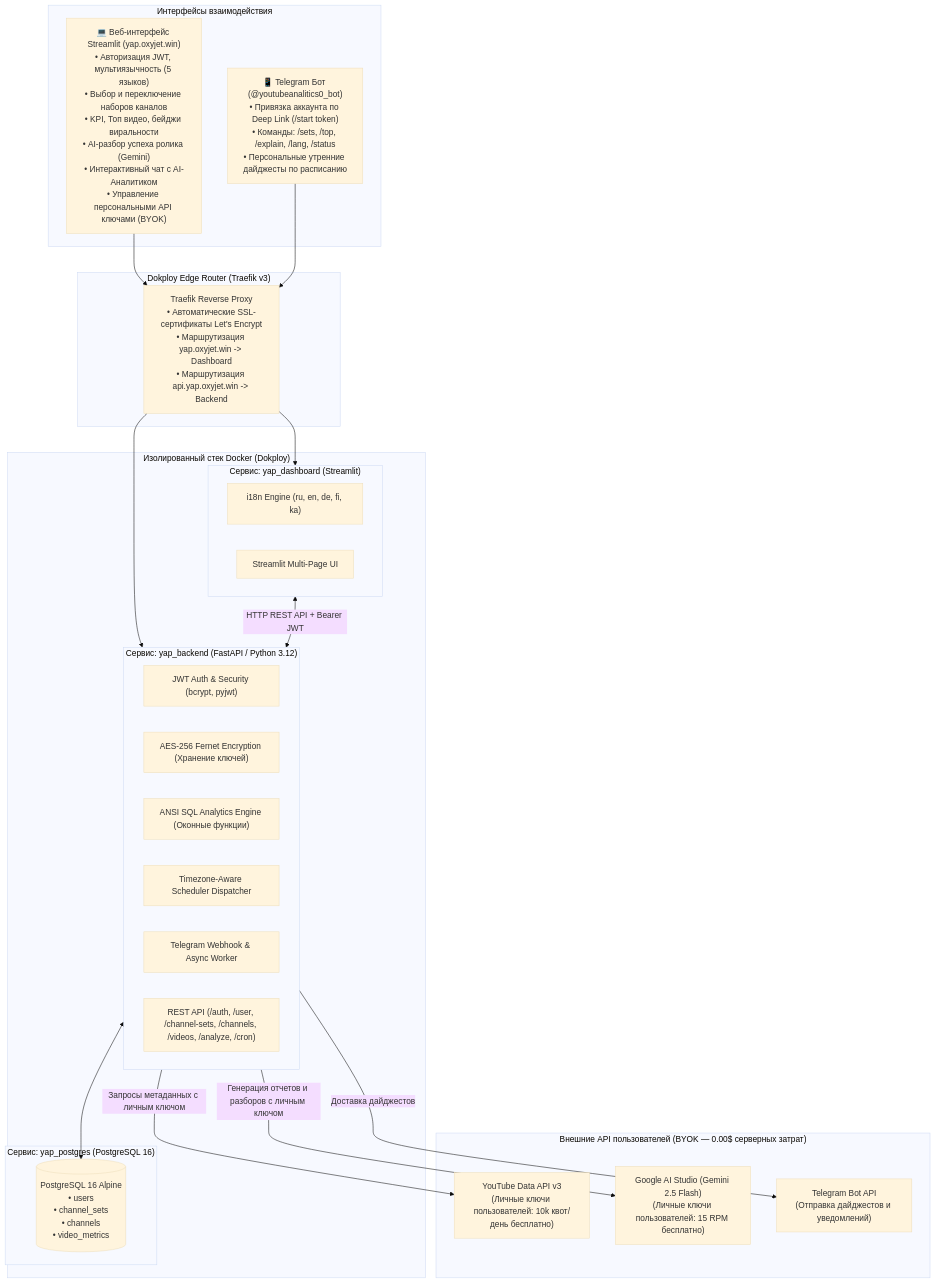
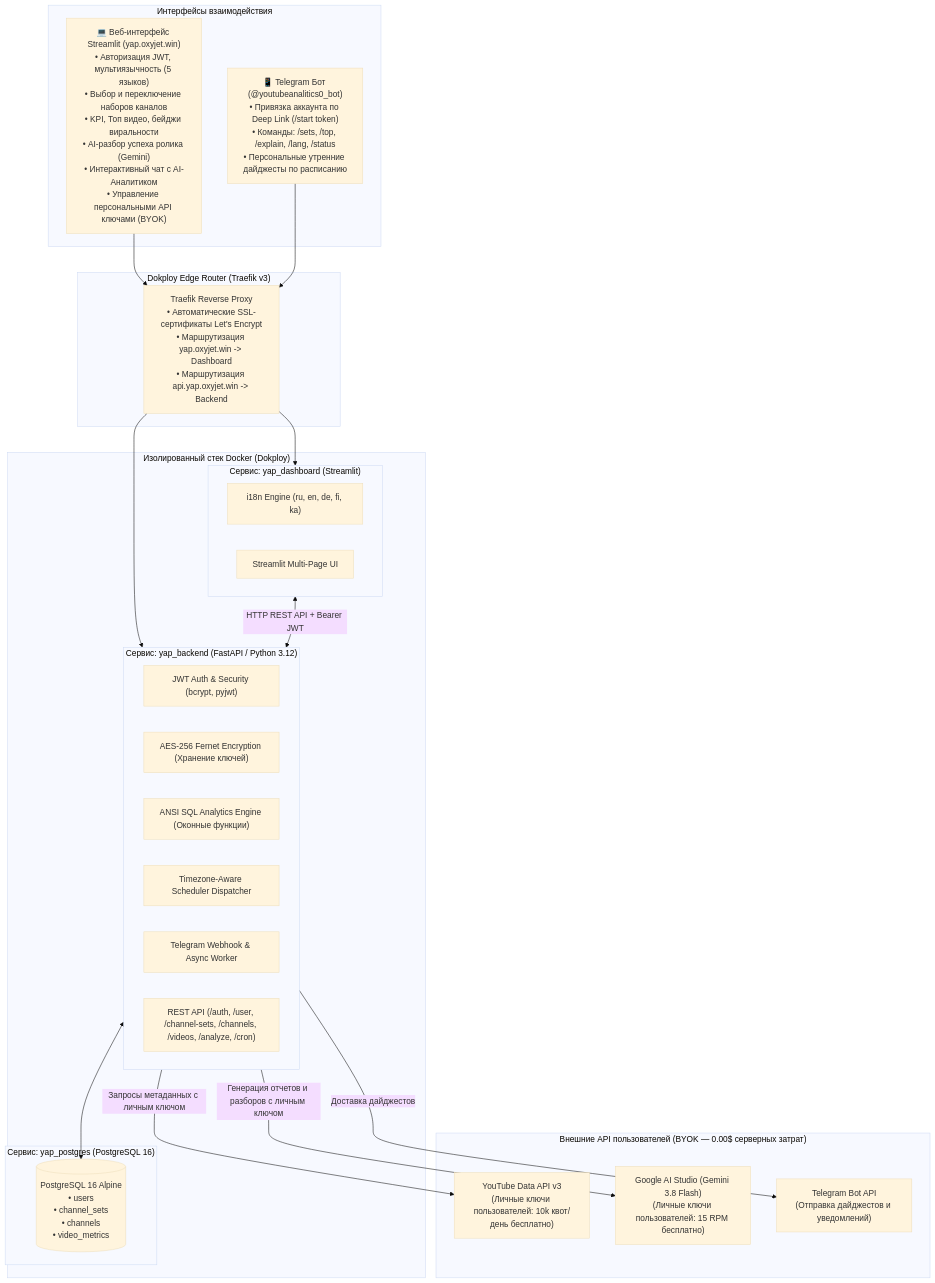
The diagram in README.md (googyaipro/youtube_analitics_platform_v2), drawn with Mermaid (base theme) before and after one commit. The commit also changed other lines of this file and 4 other files, not shown here.

Commit message:
fix(gemini): update to gemini-3.8-flash everywhere with multi-model fallback

````diff
--- a/README.md
+++ b/README.md
@@ -13,49 +13,49 @@
 ```mermaid
 flowchart TD
     subgraph Clients ["Интерфейсы взаимодействия"]
         Web["💻 Веб-интерфейс Streamlit (yap.oxyjet.win)\n• Авторизация JWT, мультиязычность (5 языков)\n• Выбор и переключение наборов каналов\n• KPI, Топ видео, бейджи виральности\n• AI-разбор успеха ролика (Gemini)\n• Интерактивный чат с AI-Аналитиком\n• Управление персональными API ключами (BYOK)"]
         TG["📱 Telegram Бот (@youtubeanalitics0_bot)\n• Привязка аккаунта по Deep Link (/start token)\n• Команды: /sets, /top, /explain, /lang, /status\n• Персональные утренние дайджесты по расписанию"]
     end
 
     subgraph TraefikProxy ["Dokploy Edge Router (Traefik v3)"]
         Router["Traefik Reverse Proxy\n• Автоматические SSL-сертификаты Let's Encrypt\n• Маршрутизация yap.oxyjet.win -> Dashboard\n• Маршрутизация api.yap.oxyjet.win -> Backend"]
     end
 
     subgraph DockerCompose ["Изолированный стек Docker (Dokploy)"]
         subgraph SvcBackend ["Сервис: yap_backend (FastAPI / Python 3.12)"]
             Auth["JWT Auth & Security (bcrypt, pyjwt)"]
             BYOK["AES-256 Fernet Encryption (Хранение ключей)"]
             Analytics["ANSI SQL Analytics Engine (Оконные функции)"]
             Dispatcher["Timezone-Aware Scheduler Dispatcher"]
             TGBot["Telegram Webhook & Async Worker"]
             APIEndpoints["REST API (/auth, /user, /channel-sets, /channels, /videos, /analyze, /cron)"]
         end
 
         subgraph SvcDashboard ["Сервис: yap_dashboard (Streamlit)"]
             I18n["i18n Engine (ru, en, de, fi, ka)"]
             UI["Streamlit Multi-Page UI"]
         end
 
         subgraph SvcDB ["Сервис: yap_postgres (PostgreSQL 16)"]
             PG[("PostgreSQL 16 Alpine\n• users\n• channel_sets\n• channels\n• video_metrics")]
         end
     end
 
     subgraph ExternalBYOK ["Внешние API пользователей (BYOK — 0.00$ серверных затрат)"]
         YT_API["YouTube Data API v3\n(Личные ключи пользователей: 10k квот/день бесплатно)"]
-        AI_Studio["Google AI Studio (Gemini 2.5 Flash)\n(Личные ключи пользователей: 15 RPM бесплатно)"]
+        AI_Studio["Google AI Studio (Gemini 3.8 Flash)\n(Личные ключи пользователей: 15 RPM бесплатно)"]
         TG_API["Telegram Bot API\n(Отправка дайджестов и уведомлений)"]
     end
 
     Web --> Router
     TG --> Router
     Router --> SvcDashboard
     Router --> SvcBackend
 
     SvcDashboard <-- "HTTP REST API + Bearer JWT" --> SvcBackend
     SvcBackend <--> PG
 
     SvcBackend -->|"Запросы метаданных с личным ключом"| YT_API
     SvcBackend -->|"Генерация отчетов и разборов с личным ключом"| AI_Studio
     SvcBackend -->|"Доставка дайджестов"| TG_API
 ```
````
